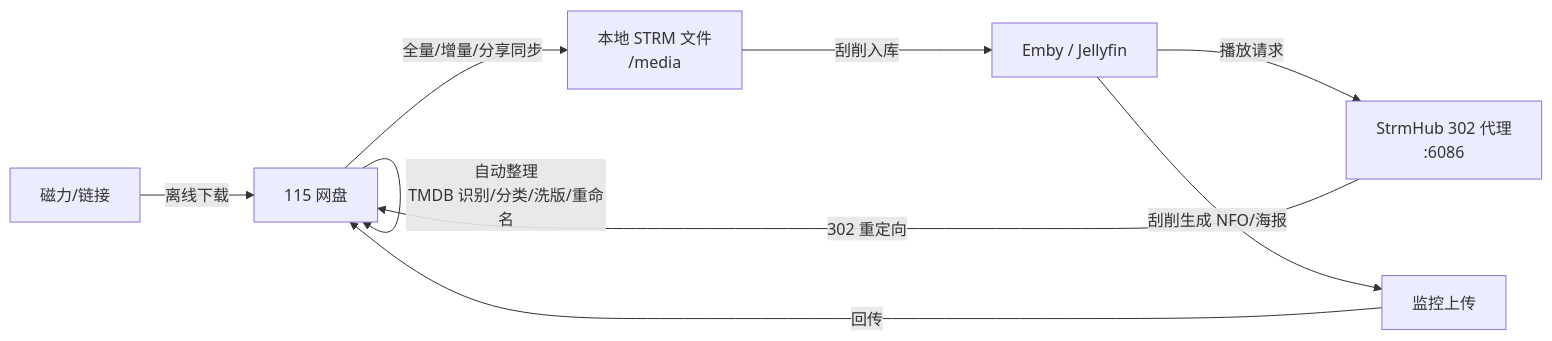
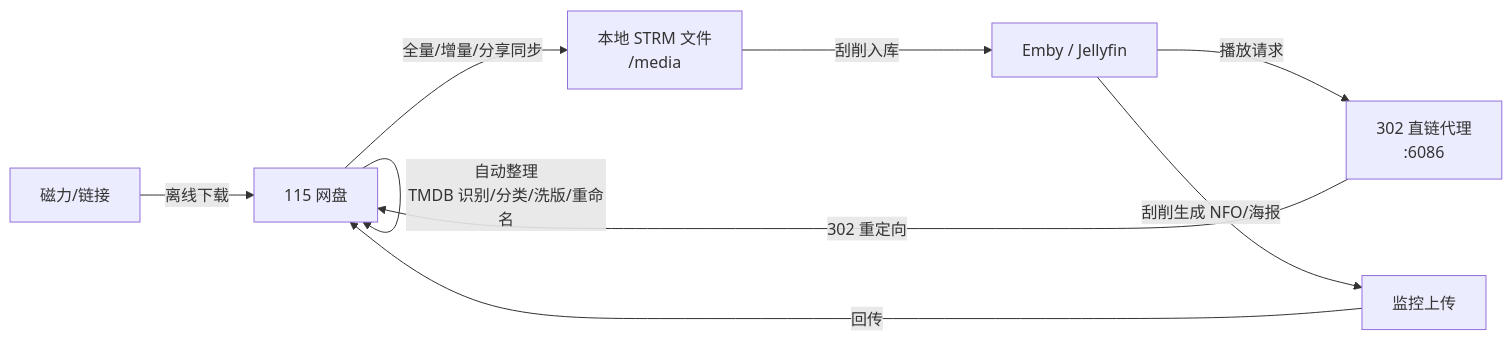
The diagram in README.md (pancras-loe/115-station), drawn with Mermaid before and after one commit. The commit also changed other lines of this file and 3 other files, not shown here.

````diff
--- a/README.md
+++ b/README.md
@@ -7,11 +10,11 @@
 ```mermaid
 flowchart LR
     A[115 网盘] -- 全量/增量/分享同步 --> B[本地 STRM 文件<br>/media]
     B -- 刮削入库 --> C[Emby / Jellyfin]
-    C -- 播放请求 --> D[StrmHub 302 代理<br>:6086]
+    C -- 播放请求 --> D[302 直链代理<br>:6086]
     D -- 302 重定向 --> A
     C -- 刮削生成 NFO/海报 --> E[监控上传]
     E -- 回传 --> A
     F[磁力/链接] -- 离线下载 --> A
     A -- 自动整理<br>TMDB 识别/分类/洗版/重命名 --> A
 ```
````
